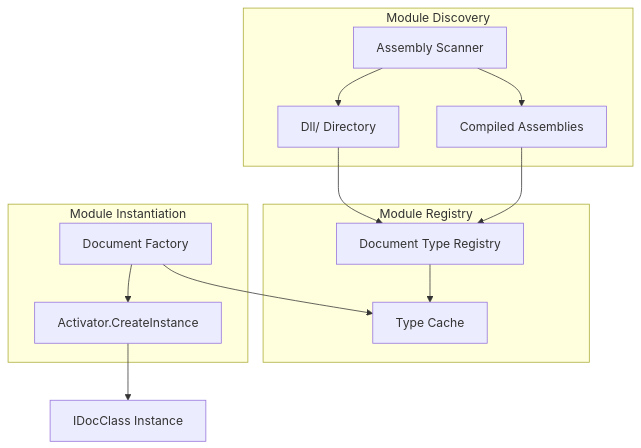
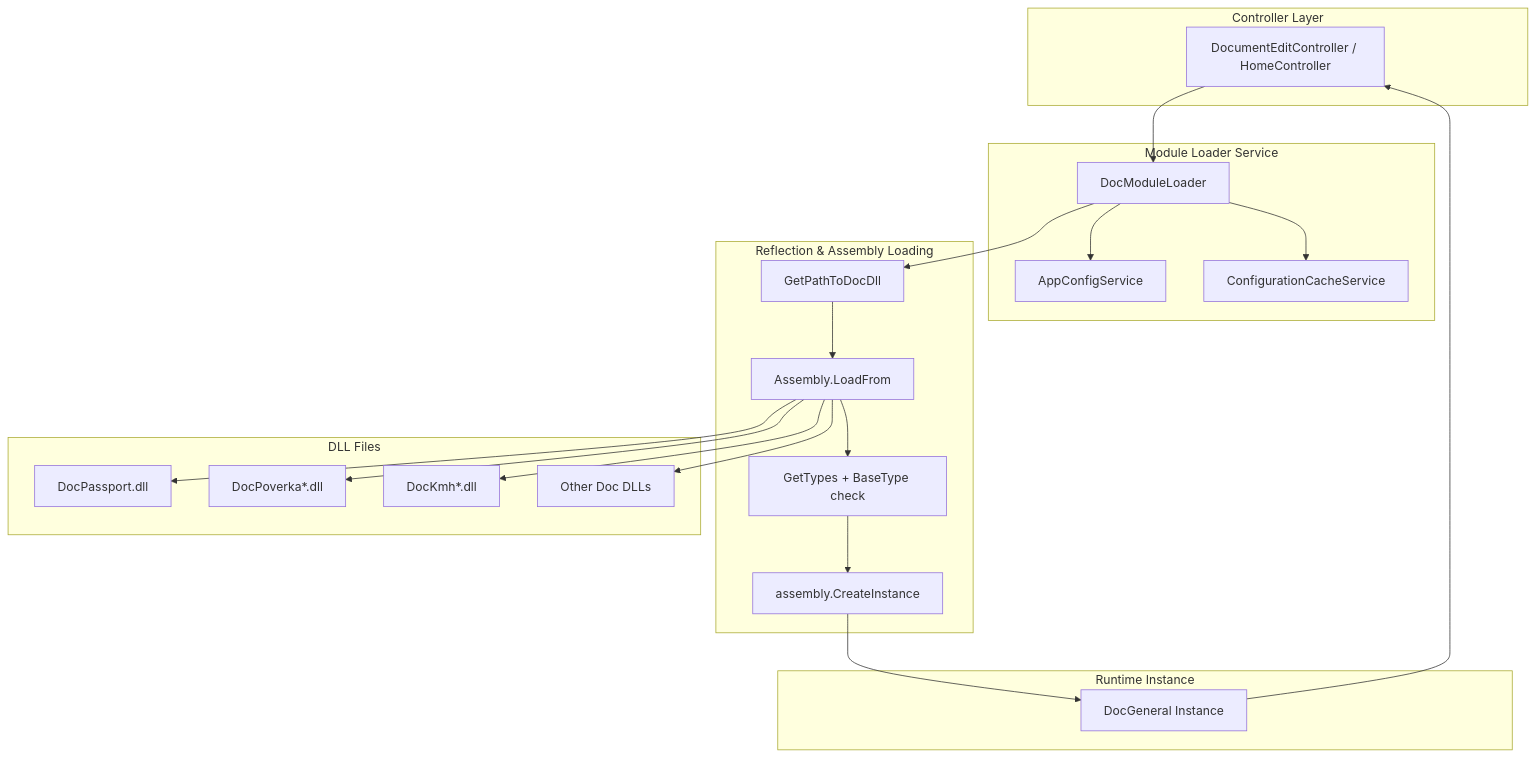
One commit to tn-ivk/tn-doc changed the tenth of 18 diagrams in docs/architecture/overview.md. Above: the diagram before and after it, drawn with Mermaid. The commit also changed other lines of this file, not shown here.

First line of the commit message:
Актуализация архитектурной документации: устранены устаревшие ссылки на DocFactory и SignalR в Document Editor

````diff
--- a/docs/architecture/overview.md
+++ b/docs/architecture/overview.md
@@ -416,28 +471,44 @@
 ```mermaid
 graph TB
-    subgraph "Module Discovery"
-        Scanner[Assembly Scanner]
-        Dll[Dll/ Directory]
-        Compiled[Compiled Assemblies]
+    subgraph "Controller Layer"
+        Controller[DocumentEditController / HomeController]
     end
 
-    subgraph "Module Registry"
-        Registry[Document Type Registry]
-        Cache[Type Cache]
+    subgraph "Module Loader Service"
+        DocModuleLoader[DocModuleLoader]
+        AppConfig[AppConfigService]
+        ConfigCache[ConfigurationCacheService]
     end
 
-    subgraph "Module Instantiation"
-        Factory[Document Factory]
-        Activator[Activator.CreateInstance]
+    subgraph "Reflection & Assembly Loading"
+        GetPath[GetPathToDocDll]
+        LoadAsm[Assembly.LoadFrom]
+        FindType[GetTypes + BaseType check]
+        CreateInst[assembly.CreateInstance]
     end
 
-    Scanner --> Dll
-    Scanner --> Compiled
-    Dll --> Registry
-    Compiled --> Registry
-    Registry --> Cache
+    subgraph "DLL Files"
+        PassportDll[DocPassport.dll]
+        PovDll[DocPoverka*.dll]
+        KmhDll[DocKmh*.dll]
+        OtherDll[Other Doc DLLs]
+    end
 
-    Factory --> Cache
-    Factory --> Activator
-    Activator --> Instance[IDocClass Instance]
+    subgraph "Runtime Instance"
+        Instance[DocGeneral Instance]
+    end
+
+    Controller --> DocModuleLoader
+    DocModuleLoader --> AppConfig
+    DocModuleLoader --> ConfigCache
+    DocModuleLoader --> GetPath
+    GetPath --> LoadAsm
+    LoadAsm --> PassportDll
+    LoadAsm --> PovDll
+    LoadAsm --> KmhDll
+    LoadAsm --> OtherDll
+    LoadAsm --> FindType
+    FindType --> CreateInst
+    CreateInst --> Instance
+    Instance --> Controller
 ```
````
